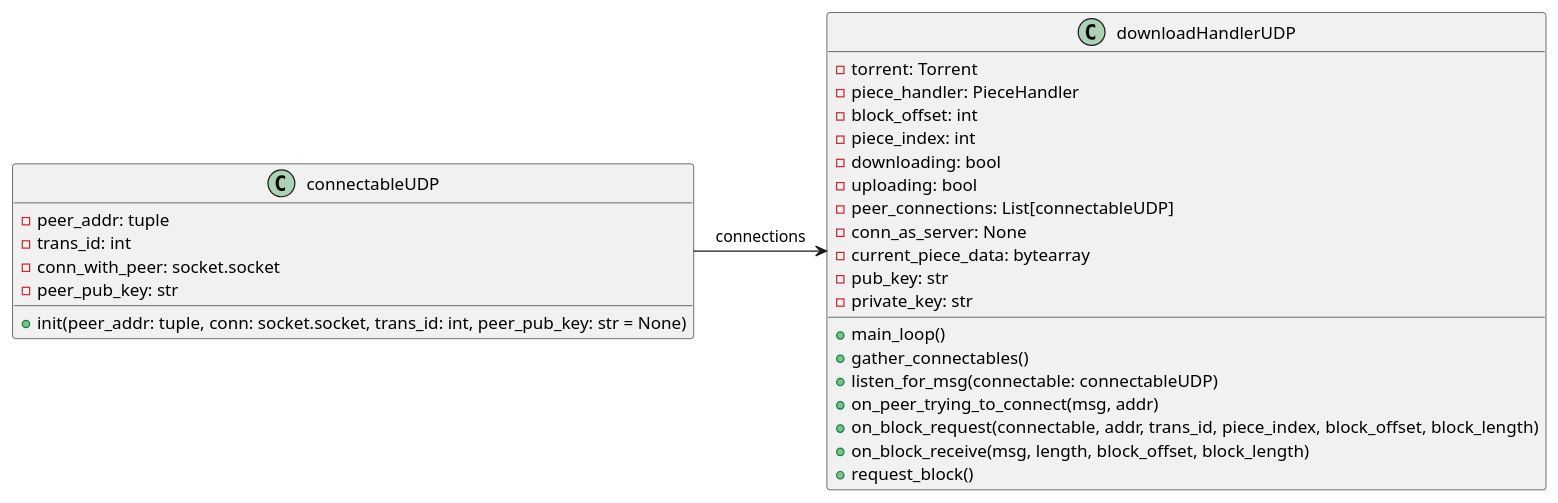
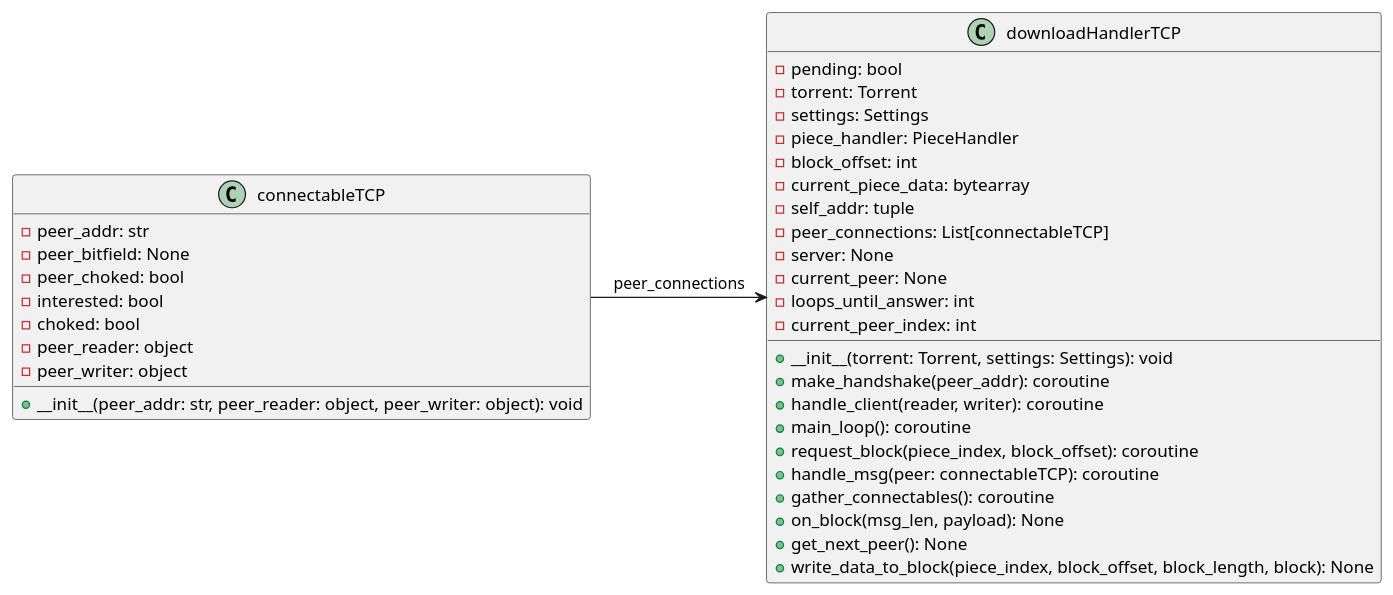
The diagram in PlantUML/DownloadHandlerUDP.puml (YuvalHad1220/Bittorent-Project), drawn with PlantUML before and after one commit. The commit also changed 3 other files, not shown here.

```diff
--- a/PlantUML/DownloadHandlerUDP.puml
+++ b/PlantUML/DownloadHandlerUDP.puml
@@ -1,36 +1,40 @@
 @startuml
 
-class downloadHandlerUDP {
-    -torrent: Torrent
-    -piece_handler: PieceHandler
-    -block_offset: int
-    -piece_index: int
-    -downloading: bool
-    -uploading: bool
-    -peer_connections: List[connectableUDP]
-    -conn_as_server: None
-    -current_piece_data: bytearray
-    -pub_key: str
-    -private_key: str
-    +main_loop()
-    +gather_connectables()
-    +listen_for_msg(connectable: connectableUDP)
-    +on_peer_trying_to_connect(msg, addr)
-    +on_block_request(connectable, addr, trans_id, piece_index, block_offset, block_length)
-    +on_block_receive(msg, length, block_offset, block_length)
-    +request_block()
+class connectableTCP {
+    - peer_addr: str
+    - peer_bitfield: None
+    - peer_choked: bool
+    - interested: bool
+    - choked: bool
+    - peer_reader: object
+    - peer_writer: object
+    + __init__(peer_addr: str, peer_reader: object, peer_writer: object): void
 }
 
-class connectableUDP {
-    -peer_addr: tuple
-    -trans_id: int
-    -conn_with_peer: socket.socket
-    -peer_pub_key: str
-    +init(peer_addr: tuple, conn: socket.socket, trans_id: int, peer_pub_key: str = None)
+class downloadHandlerTCP {
+    - pending: bool
+    - torrent: Torrent
+    - settings: Settings
+    - piece_handler: PieceHandler
+    - block_offset: int
+    - current_piece_data: bytearray
+    - self_addr: tuple
+    - peer_connections: List[connectableTCP]
+    - server: None
+    - current_peer: None
+    - loops_until_answer: int
+    - current_peer_index: int
+    + __init__(torrent: Torrent, settings: Settings): void
+  + make_handshake(peer_addr): coroutine
+  + handle_client(reader, writer): coroutine
+  + main_loop(): coroutine
+  + request_block(piece_index, block_offset): coroutine
+  + handle_msg(peer: connectableTCP): coroutine
+  + gather_connectables(): coroutine
+  + on_block(msg_len, payload): None
+  + get_next_peer(): None
+  + write_data_to_block(piece_index, block_offset, block_length, block): None
 }
-
-
-
-connectableUDP -> downloadHandlerUDP : connections
+connectableTCP -> downloadHandlerTCP : peer_connections
 
 @enduml
```
